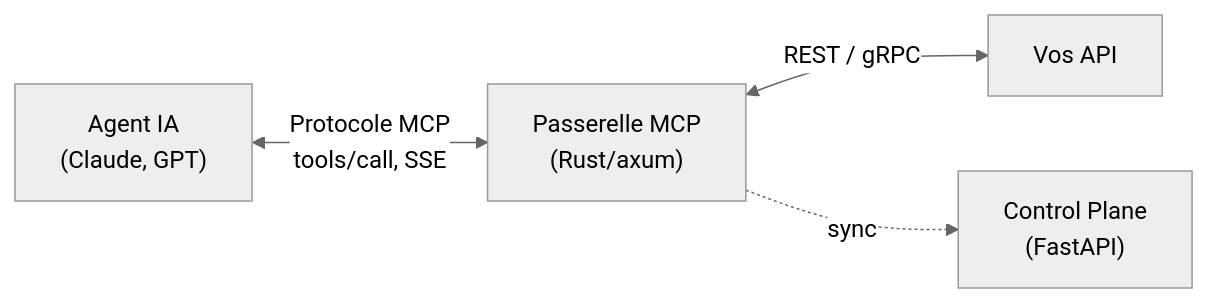
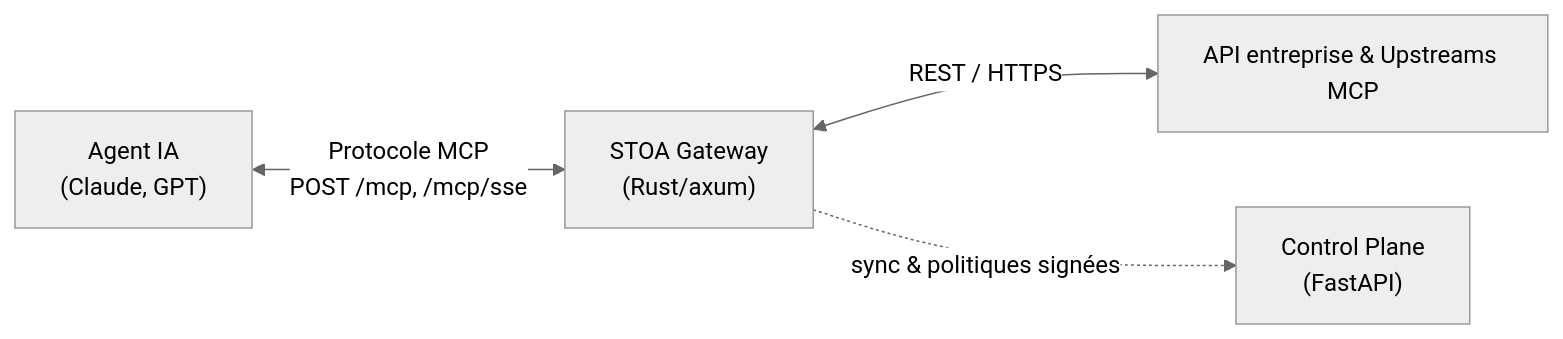
The first of 2 diagrams in i18n/fr/docusaurus-plugin-content-docs/current/concepts/mcp-gateway.md (stoa-platform/stoa-docs), drawn with Mermaid (neutral theme) before and after one commit. The commit also changed other lines of this file and 31 other files, not shown here.

First line of the commit message:
docs(arch): align architecture, tenant model, secrets, and ADR index with ADR-073/074/075 (EN/FR)

````diff
--- a/i18n/fr/docusaurus-plugin-content-docs/current/concepts/mcp-gateway.md
+++ b/i18n/fr/docusaurus-plugin-content-docs/current/concepts/mcp-gateway.md
@@ -16,6 +16,6 @@
 ```mermaid
 flowchart LR
-    AI["Agent IA<br/>(Claude, GPT)"] <-->|"Protocole MCP<br/>tools/call, SSE"| GW["Passerelle MCP<br/>(Rust/axum)"]
-    GW <-->|"REST / gRPC"| APIs["Vos API"]
-    GW -.->|"sync"| CP["Control Plane<br/>(FastAPI)"]
+    AI["Agent IA<br/>(Claude, GPT)"] <-->|"Protocole MCP<br/>POST /mcp, /mcp/sse"| GW["STOA Gateway<br/>(Rust/axum)"]
+    GW <-->|"REST / HTTPS"| APIs["API entreprise & Upstreams MCP"]
+    GW -.->|"sync & politiques signées"| CP["Control Plane<br/>(FastAPI)"]
 ```
````
